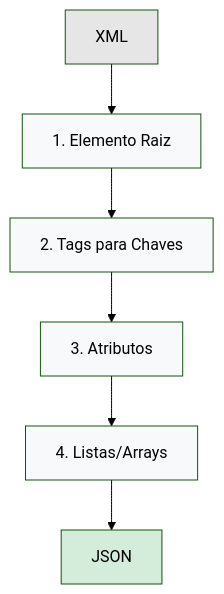
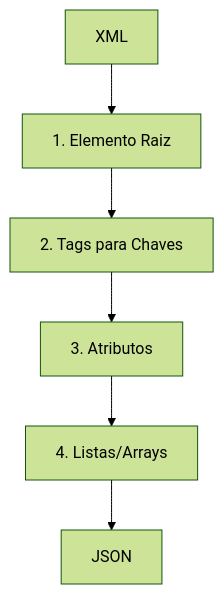
One commit to fabiofalopes/cm changed the first of 4 diagrams in cabula2.md. Above: the diagram before and after it, drawn with Mermaid (forest theme).

Commit message:
cabula update

````diff
--- a/cabula2.md
+++ b/cabula2.md
@@ -364,15 +364,8 @@
 ```mermaid
 flowchart TD
     A[XML] --> B[1. Elemento Raiz]
     B --> C[2. Tags para Chaves]
     C --> D[3. Atributos]
     D --> E[4. Listas/Arrays]
     E --> F[JSON]
-
-    style A fill:#e6e6e6
-    style F fill:#d4edda
-    style B fill:#f8f9fa
-    style C fill:#f8f9fa
-    style D fill:#f8f9fa
-    style E fill:#f8f9fa
 ```
````
